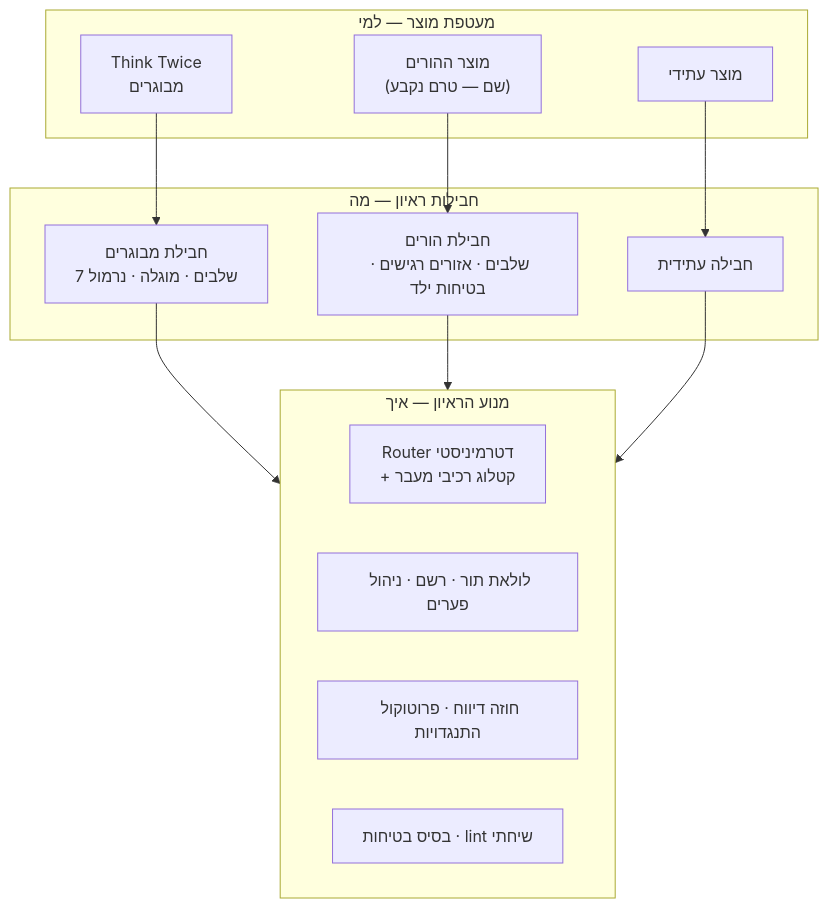
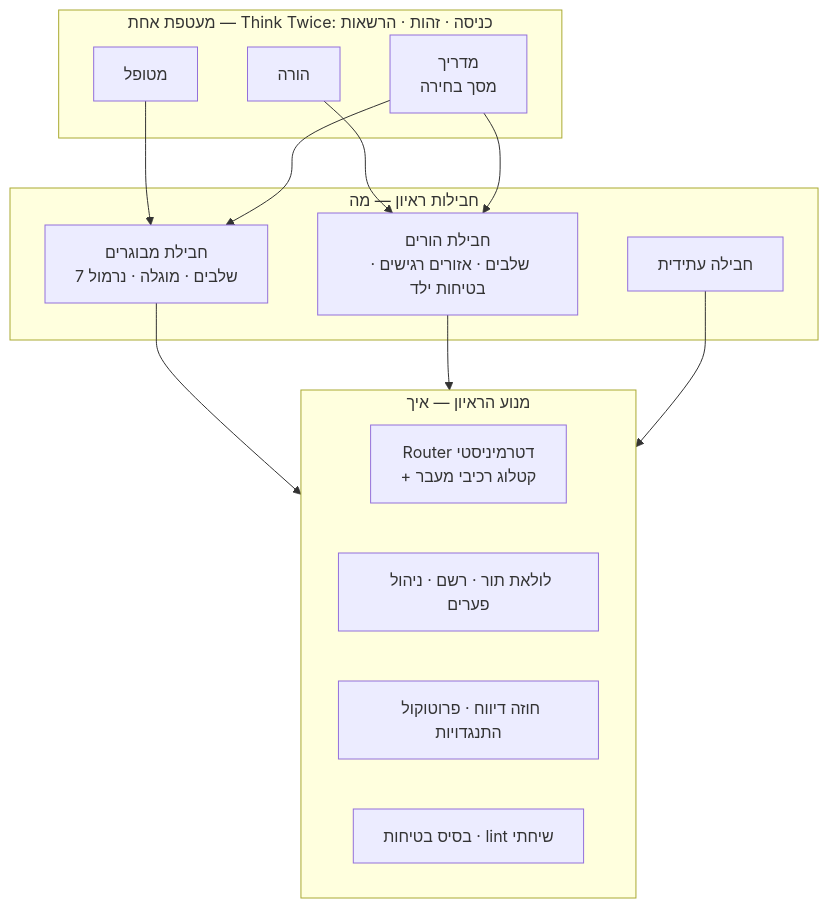
Before and after one commit to ranzak-ctrl/think-twice-app: the diagram in docs/interview-platform-plan.md, drawn with Mermaid. The commit also changed other lines of this file and 1 other file, not shown here.

First line of the commit message:
docs(platform): plan v2 — one shell with per-user interviews, an editor

````diff
--- a/docs/interview-platform-plan.md
+++ b/docs/interview-platform-plan.md
@@ -51,25 +54,26 @@
 ```mermaid
 flowchart TB
-  subgraph SHELL["מעטפת מוצר — למי"]
-    B1["Think Twice<br/>מבוגרים"]
-    B2["מוצר ההורים<br/>(שם — טרם נקבע)"]
-    B3["מוצר עתידי"]
+  subgraph SHELL["מעטפת אחת — Think Twice: כניסה · זהות · הרשאות"]
+    B1["מטופל"]
+    B2["הורה"]
+    B3["מדריך<br/>מסך בחירה"]
   end
   subgraph PACKS["חבילות ראיון — מה"]
     P1["חבילת מבוגרים<br/>7 שלבים · מוגלה · נרמול"]
     P2["חבילת הורים<br/>שלבים · אזורים רגישים · בטיחות ילד"]
     P3["חבילה עתידית"]
   end
   subgraph ENGINE["מנוע הראיון — איך"]
     E1["Router דטרמיניסטי<br/>+ קטלוג רכיבי מעבר"]
     E2["לולאת תור · רשם · ניהול פערים"]
     E3["חוזה דיווח · פרוטוקול התנגדויות"]
     E4["בסיס בטיחות · lint שיחתי"]
   end
   B1 --> P1
   B2 --> P2
-  B3 --> P3
+  B3 --> P1
+  B3 --> P2
   P1 --> ENGINE
   P2 --> ENGINE
   P3 --> ENGINE
 ```
````
